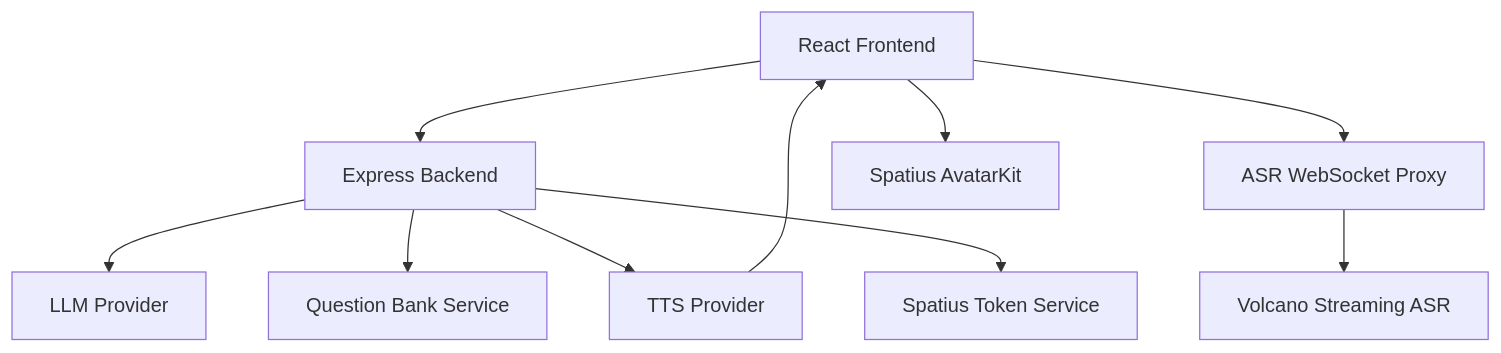
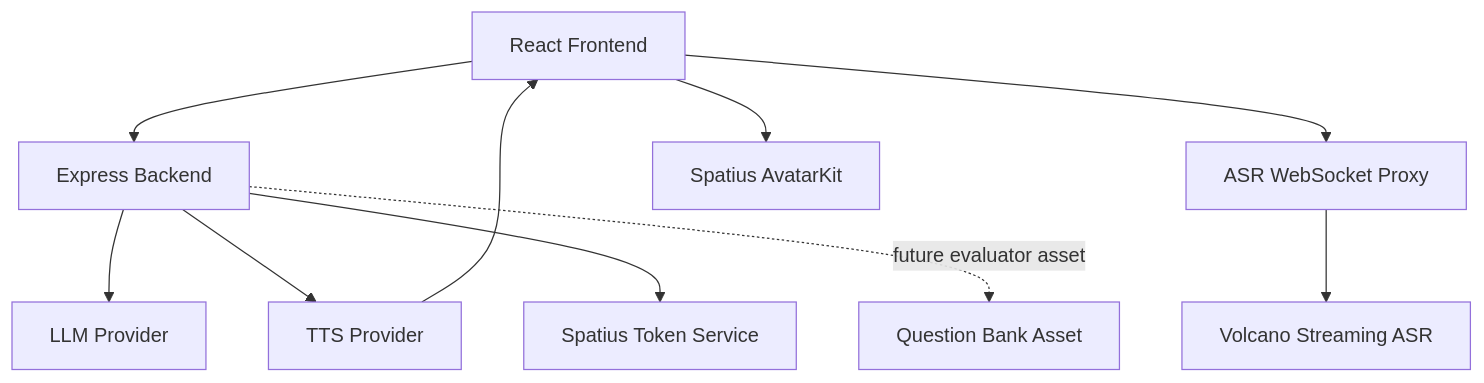
Before and after one commit to cysy10236-sketch/AvaCoach: the diagram in docs/provider-architecture.md, drawn with Mermaid. The commit also changed other lines of this file and 20 other files, not shown here.

````diff
--- a/docs/provider-architecture.md
+++ b/docs/provider-architecture.md
@@ -7,12 +7,12 @@
 ```mermaid
 flowchart TD
   FE["React Frontend"] --> API["Express Backend"]
   API --> LLM["LLM Provider"]
-  API --> QB["Question Bank Service"]
   API --> TTS["TTS Provider"]
   API --> SPT["Spatius Token Service"]
+  API -. "future evaluator asset" .-> QB["Question Bank Asset"]
   FE --> ASRWS["ASR WebSocket Proxy"]
   ASRWS --> VASR["Volcano Streaming ASR"]
   TTS --> FE
   FE --> AV["Spatius AvatarKit"]
 ```
````
